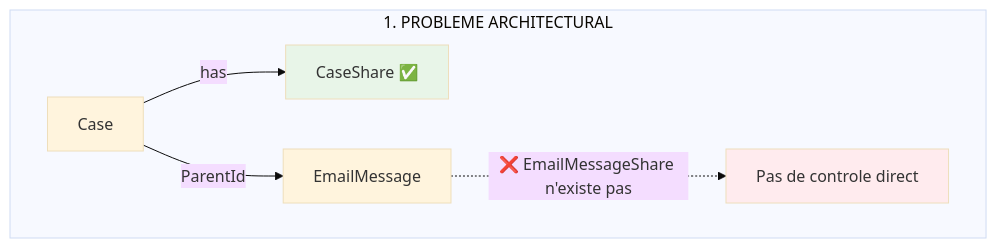
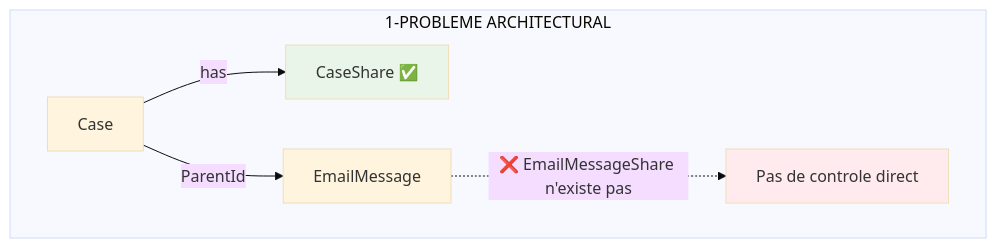
One commit to alcabon/General-AI-Questions changed the first of 7 diagrams in Case-EmailMessag.md. Above: the diagram before and after it, drawn with Mermaid (base theme). The commit also changed other lines of this file, not shown here.

````diff
--- a/Case-EmailMessag.md
+++ b/Case-EmailMessag.md
@@ -982,11 +982,11 @@
 ```mermaid
 graph TB
-    subgraph "1. PROBLEME ARCHITECTURAL"
+    subgraph "1-PROBLEME ARCHITECTURAL"
         A[Case] -->|has| B["CaseShare ✅"]
         A -->|ParentId| C[EmailMessage]
         C -.->|"❌ EmailMessageShare n'existe pas"| D[Pas de controle direct]
         
         style D fill:#ffebee
         style B fill:#e8f5e8
     end
 ```
````
